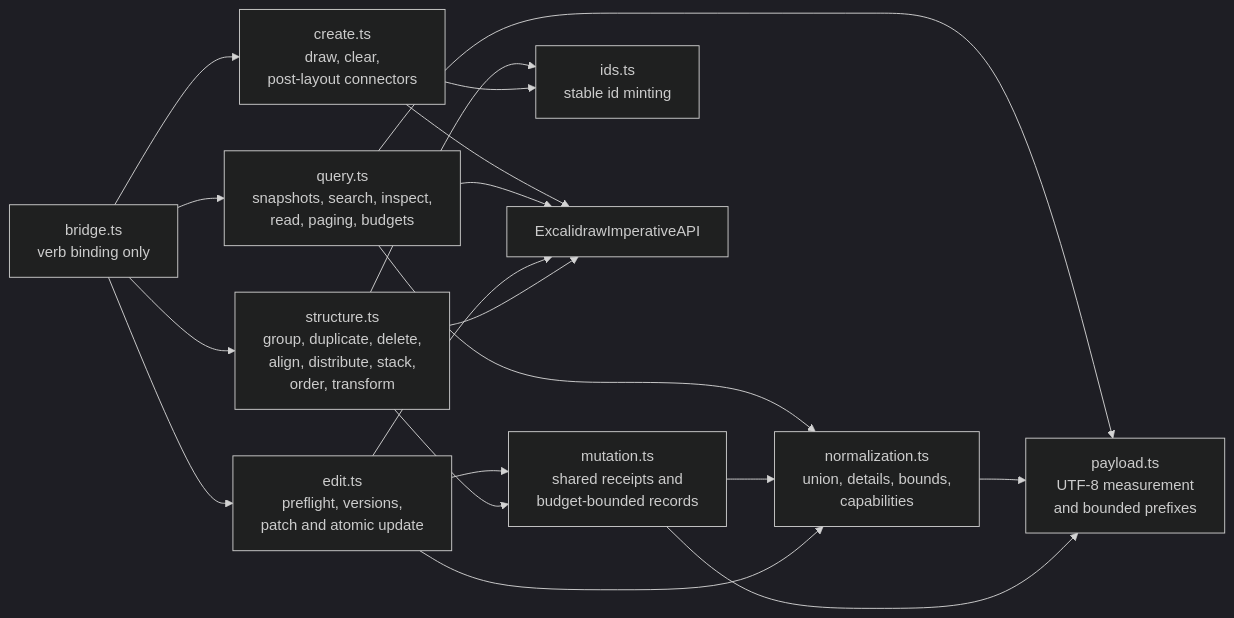
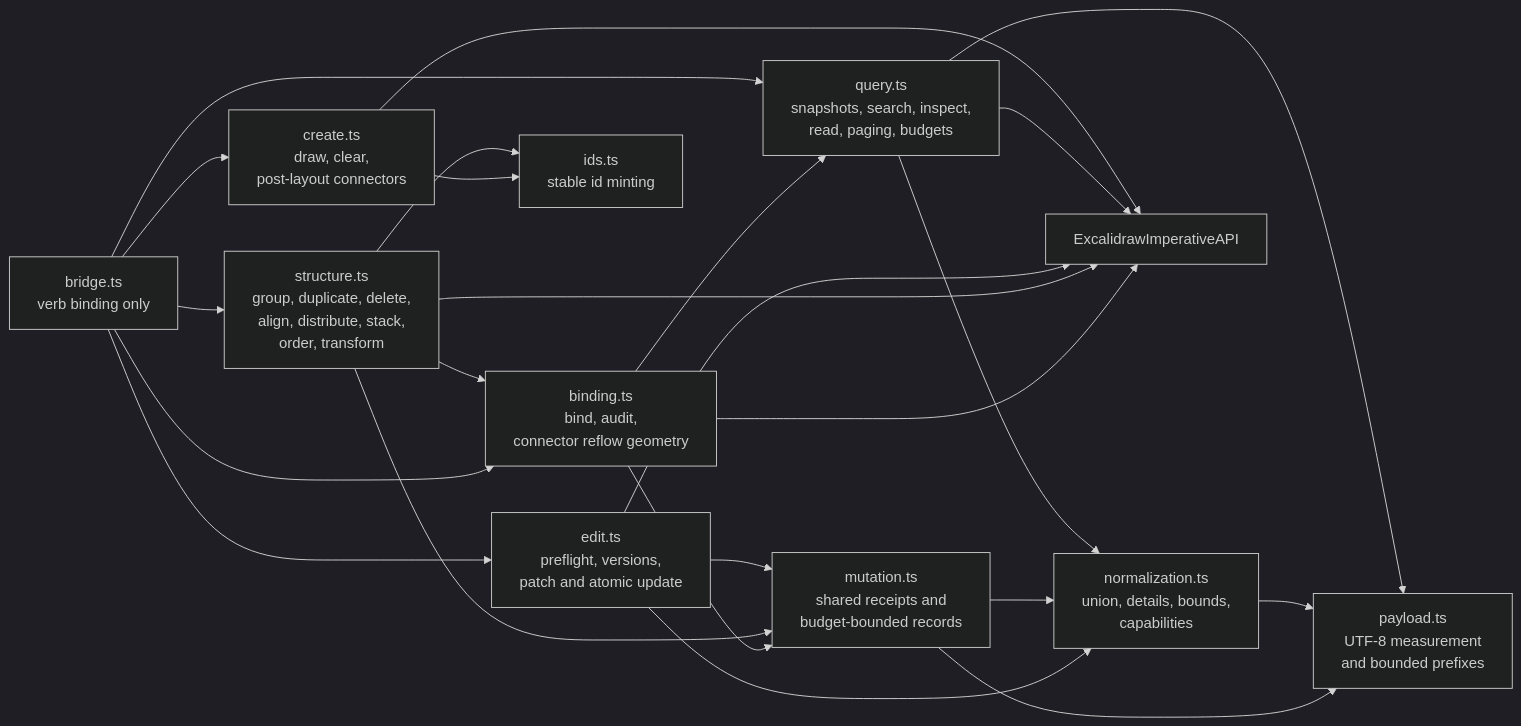
One commit to NNTin/tinytinkerer changed the seventh of 11 diagrams in docs/app-harness.md. Above: the diagram before and after it, drawn with Mermaid (dark theme). The commit also changed other lines of this file and 13 other files, not shown here.

First line of the commit message:
feat(canvas): connectors & bindings verbs (bind, audit) + transform reflow

````diff
--- a/docs/app-harness.md
+++ b/docs/app-harness.md
@@ -384,28 +430,33 @@
 ```mermaid
 flowchart LR
   bridge["bridge.ts<br/>verb binding only"]
   create["create.ts<br/>draw, clear,<br/>post-layout connectors"]
   query["query.ts<br/>snapshots, search, inspect,<br/>read, paging, budgets"]
   normalization["normalization.ts<br/>union, details, bounds,<br/>capabilities"]
   edit["edit.ts<br/>preflight, versions,<br/>patch and atomic update"]
   structure["structure.ts<br/>group, duplicate, delete,<br/>align, distribute, stack,<br/>order, transform"]
+  binding["binding.ts<br/>bind, audit,<br/>connector reflow geometry"]
   mutation["mutation.ts<br/>shared receipts and<br/>budget-bounded records"]
   ids["ids.ts<br/>stable id minting"]
   payload["payload.ts<br/>UTF-8 measurement<br/>and bounded prefixes"]
   api["ExcalidrawImperativeAPI"]
 
   bridge --> create --> api
   bridge --> query --> api
   query --> normalization
   query --> payload
   bridge --> edit --> api
   edit --> mutation
   bridge --> structure --> api
   structure --> mutation
   structure --> ids
+  structure --> binding
+  bridge --> binding --> api
+  binding --> mutation
+  binding --> query
   create --> ids
   mutation --> normalization
   edit --> normalization
   normalization --> payload
   mutation --> payload
 ```
````
